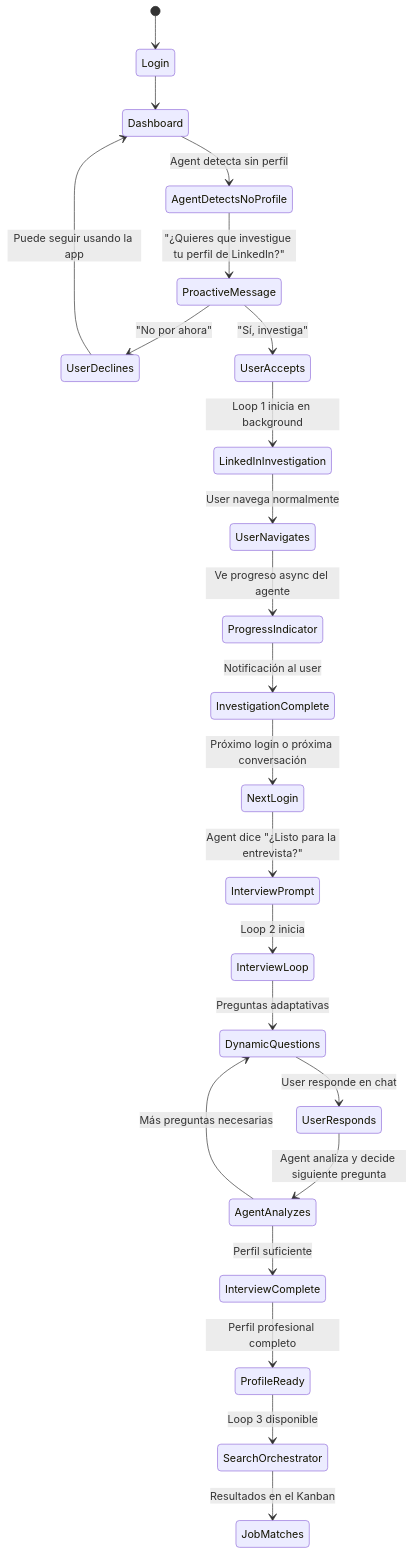
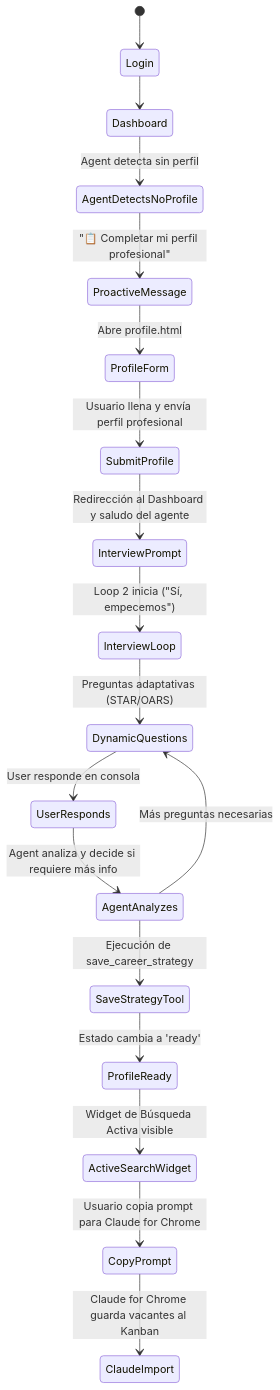
The first of 3 diagrams in docs/AGENT_ARCHITECTURE.md (pachocamacho1990/personal-job-board), drawn with Mermaid before and after one commit. The commit also changed other lines of this file and 2 other files, not shown here.

Commit message:
docs: update main README, DEPLOYMENT and AGENT_ARCHITECTURE guides to reflect v3 onboarding and search loops

````diff
--- a/docs/AGENT_ARCHITECTURE.md
+++ b/docs/AGENT_ARCHITECTURE.md
@@ -27,31 +27,24 @@
 ```mermaid
 stateDiagram-v2
     [*] --> Login
     Login --> Dashboard
     
     Dashboard --> AgentDetectsNoProfile: Agent detecta sin perfil
-    AgentDetectsNoProfile --> ProactiveMessage: "¿Quieres que investigue tu perfil de LinkedIn?"
+    AgentDetectsNoProfile --> ProactiveMessage: "📋 Completar mi perfil profesional"
     
-    ProactiveMessage --> UserDeclines: "No por ahora"
-    ProactiveMessage --> UserAccepts: "Sí, investiga"
-    UserDeclines --> Dashboard: Puede seguir usando la app
+    ProactiveMessage --> ProfileForm: Abre profile.html
+    ProfileForm --> SubmitProfile: Usuario llena y envía perfil profesional
+    SubmitProfile --> InterviewPrompt: Redirección al Dashboard y saludo del agente
     
-    UserAccepts --> LinkedInInvestigation: Loop 1 inicia en background
-    LinkedInInvestigation --> UserNavigates: User navega normalmente
-    UserNavigates --> ProgressIndicator: Ve progreso async del agente
-    ProgressIndicator --> InvestigationComplete: Notificación al user
+    InterviewPrompt --> InterviewLoop: Loop 2 inicia ("Sí, empecemos")
+    InterviewLoop --> DynamicQuestions: Preguntas adaptativas (STAR/OARS)
+    DynamicQuestions --> UserResponds: User responde en consola
+    UserResponds --> AgentAnalyzes: Agent analiza y decide si requiere más info
+    AgentAnalyzes --> DynamicQuestions: Más preguntas necesarias
+    AgentAnalyzes --> SaveStrategyTool: Ejecución de save_career_strategy
     
-    InvestigationComplete --> NextLogin: Próximo login o próxima conversación
-    NextLogin --> InterviewPrompt: Agent dice "¿Listo para la entrevista?"
-    
-    InterviewPrompt --> InterviewLoop: Loop 2 inicia
-    InterviewLoop --> DynamicQuestions: Preguntas adaptativas
-    DynamicQuestions --> UserResponds: User responde en chat
-    UserResponds --> AgentAnalyzes: Agent analiza y decide siguiente pregunta
-    AgentAnalyzes --> DynamicQuestions: Más preguntas necesarias
-    AgentAnalyzes --> InterviewComplete: Perfil suficiente
-    
-    InterviewComplete --> ProfileReady: Perfil profesional completo
-    ProfileReady --> SearchOrchestrator: Loop 3 disponible
-    SearchOrchestrator --> JobMatches: Resultados en el Kanban
+    SaveStrategyTool --> ProfileReady: Estado cambia a 'ready'
+    ProfileReady --> ActiveSearchWidget: Widget de Búsqueda Activa visible
+    ActiveSearchWidget --> CopyPrompt: Usuario copia prompt para Claude for Chrome
+    CopyPrompt --> ClaudeImport: Claude for Chrome guarda vacantes al Kanban
 ```
````
